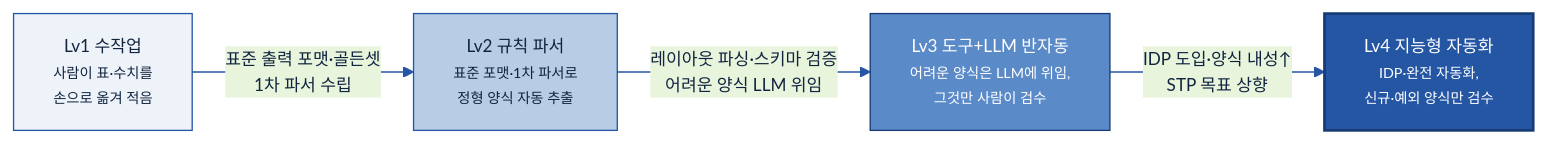
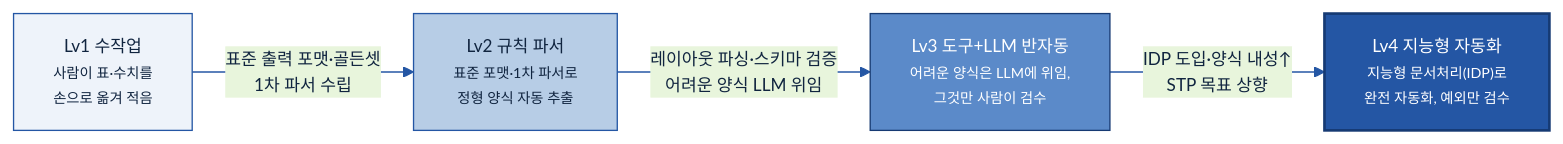
Before and after one commit to jin-kearney/ai-ready-data-manual: the ninth of 9 diagrams in 가이드 작성/B-1 데이터 전처리/B-1 데이터 전처리.md, drawn with Mermaid. The commit also changed other lines of this file and 6 other files, not shown here.

First line of the commit message:
docs(A-1·A-2·A-3·B-1·B-2·B-3): 6개 가이드 스토리 점검·다이어그램 보강

````diff
--- a/가이드 작성/B-1 데이터 전처리/B-1 데이터 전처리.md
+++ b/가이드 작성/B-1 데이터 전처리/B-1 데이터 전처리.md
@@ -767,15 +774,15 @@
 ```mermaid
 %%{init: {'theme':'base','themeVariables':{'primaryColor':'#DCE8F5','primaryBorderColor':'#2456A4','primaryTextColor':'#10243f','lineColor':'#2456A4','fontSize':'13px'}}}%%
 flowchart LR
     L1["Lv1 수작업<br/><small>사람이 표·수치를<br/>손으로 옮겨 적음</small>"]:::l1
     L2["Lv2 규칙 파서<br/><small>표준 포맷·1차 파서로<br/>정형 양식 자동 추출</small>"]:::l2
     L3["Lv3 도구+LLM 반자동<br/><small>어려운 양식은 LLM에 위임,<br/>그것만 사람이 검수</small>"]:::l3
-    L4["Lv4 지능형 자동화<br/><small>IDP·완전 자동화,<br/>신규·예외 양식만 검수</small>"]:::l4
+    L4["Lv4 지능형 자동화<br/><small>지능형 문서처리(IDP)로<br/>완전 자동화, 예외만 검수</small>"]:::l4
     L1 -->|"표준 출력 포맷·골든셋<br/>1차 파서 수립"| L2
     L2 -->|"레이아웃 파싱·스키마 검증<br/>어려운 양식 LLM 위임"| L3
     L3 -->|"IDP 도입·양식 내성↑<br/>STP 목표 상향"| L4
     classDef l1 fill:#EEF3FA,stroke:#2456A4,color:#10243f;
     classDef l2 fill:#B7CDE6,stroke:#2456A4,color:#10243f;
     classDef l3 fill:#5B8AC9,stroke:#163a73,color:#fff;
     classDef l4 fill:#2456A4,stroke:#163a73,color:#fff,stroke-width:2px;
 ```
````
